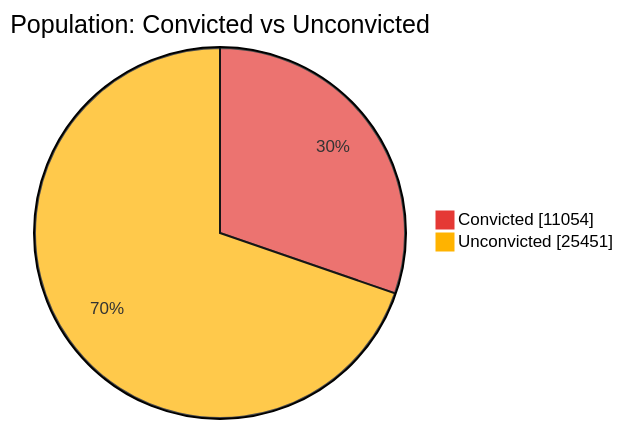
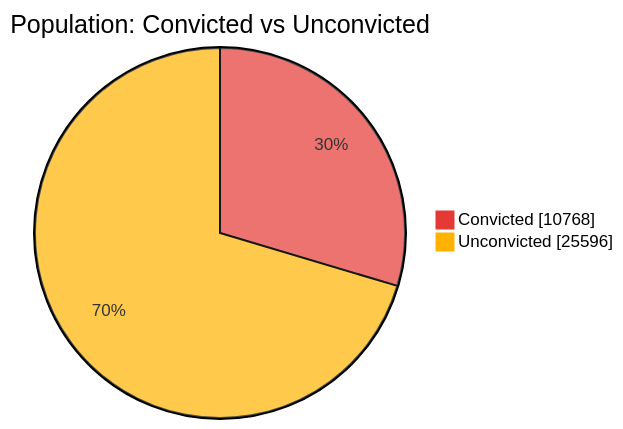
Before and after one commit to nuuuwan/lk_prisons: the first of 7 diagrams in README.md, drawn with Mermaid. The commit also changed other lines of this file and 1 other file, not shown here.

````diff
--- a/README.md
+++ b/README.md
@@ -43,6 +43,6 @@
 ```mermaid
 %%{init: {'themeVariables': {'pie1': '#E53935', 'pie2': '#FFB300'}}}%%
 pie showData title Population: Convicted vs Unconvicted
-    "Convicted" : 11054
-    "Unconvicted" : 25451
+    "Convicted" : 10768
+    "Unconvicted" : 25596
 ```
````
